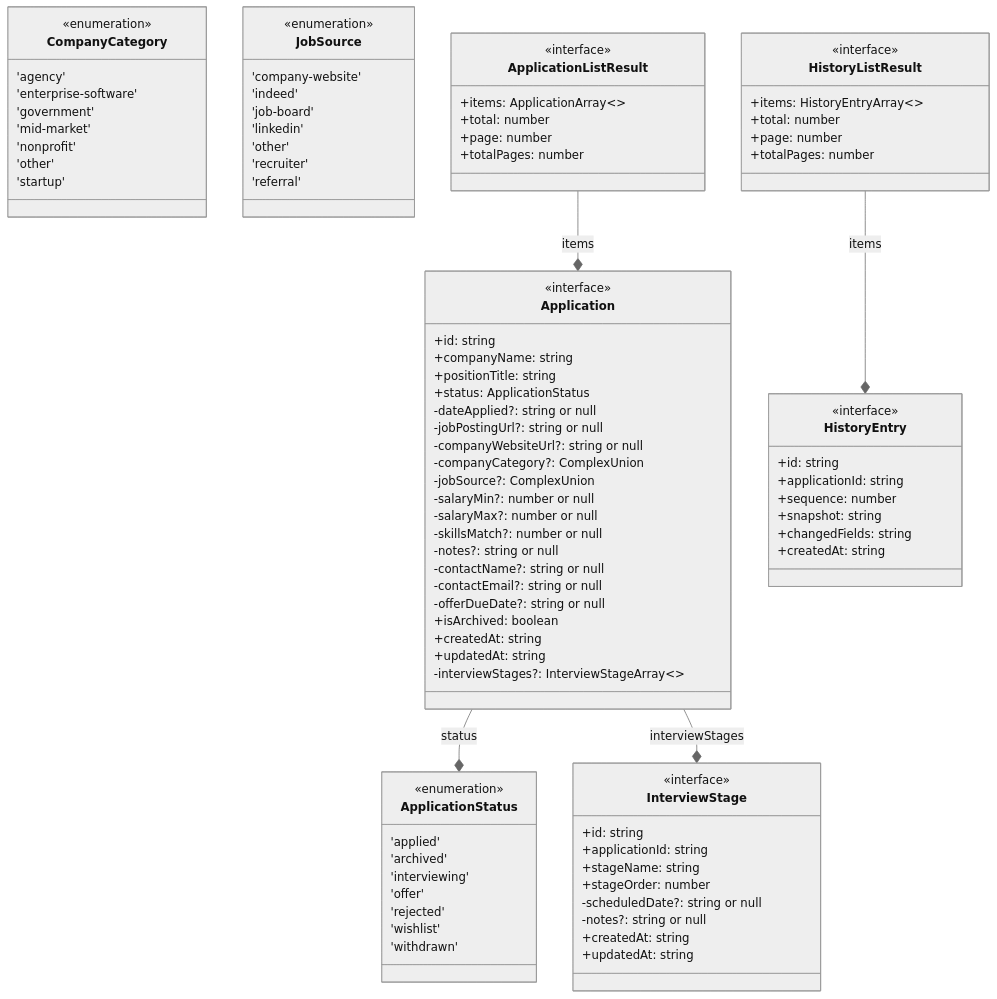
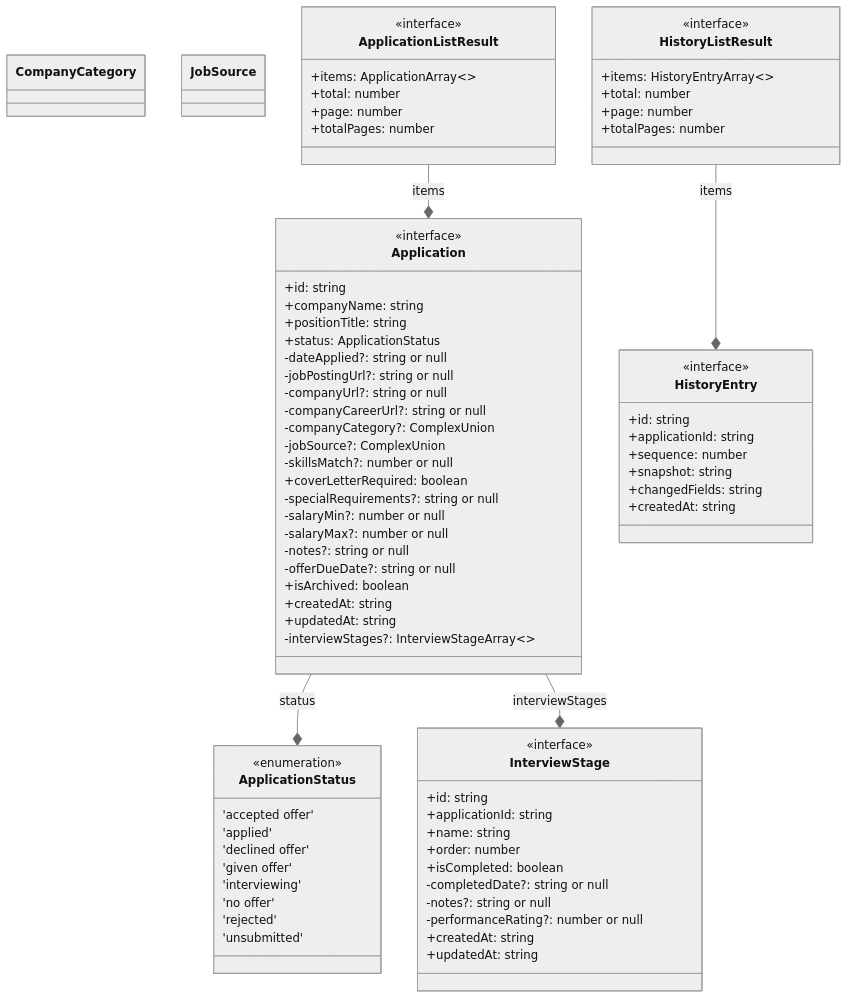
The diagram in docs/types/react-apollo-ui/application.mermaid (WhatIfWeDigDeeper/application-tracker), drawn with Mermaid (neutral theme) before and after one commit. The commit also changed 2 other files, not shown here.

Commit message:
fix: address PR review feedback on type diagrams and audit-ci scripts
- Regenerate react-apollo-ui type diagram from updated application.ts
  (statuses updated to unsubmitted/given offer/accepted offer/etc.)
  (suggested by @Copilot)
- Replace yoga-api type diagram with placeholder comment explaining
  unresolved import errors during ts-to-mermaid conversion
  (suggested by @Copilot)
- Add -y flag to npx audit-ci invocations in audit:ci:yoga-api and
  audit:ci:react-apollo-ui to match all other audit:ci:* scripts
  and avoid interactive prompts in CI (suggested by @Copilot)

```diff
--- a/docs/types/react-apollo-ui/application.mermaid
+++ b/docs/types/react-apollo-ui/application.mermaid
@@ -1,106 +1,94 @@
 classDiagram
   %% Legend
   %% --|> : Inheritance (extends)
   %% ..|> : Implementation (implements)
   %% --* : Composition (has/contains)
   %% -- : Association
 
   class ApplicationStatus {
     <<enumeration>>
+    'accepted offer'
     'applied'
-    'archived'
+    'declined offer'
+    'given offer'
     'interviewing'
-    'offer'
+    'no offer'
     'rejected'
-    'wishlist'
-    'withdrawn'
+    'unsubmitted'
   }
 
   class CompanyCategory {
-    <<enumeration>>
-    'agency'
-    'enterprise-software'
-    'government'
-    'mid-market'
-    'nonprofit'
-    'other'
-    'startup'
   }
 
   class JobSource {
-    <<enumeration>>
-    'company-website'
-    'indeed'
-    'job-board'
-    'linkedin'
-    'other'
-    'recruiter'
-    'referral'
   }
 
   class InterviewStage {
     <<interface>>
     +id: string
     +applicationId: string
-    +stageName: string
-    +stageOrder: number
-    -scheduledDate?: string or null
+    +name: string
+    +order: number
+    +isCompleted: boolean
+    -completedDate?: string or null
     -notes?: string or null
+    -performanceRating?: number or null
     +createdAt: string
     +updatedAt: string
   }
 
   class Application {
     <<interface>>
     +id: string
     +companyName: string
     +positionTitle: string
     +status: ApplicationStatus
     -dateApplied?: string or null
     -jobPostingUrl?: string or null
-    -companyWebsiteUrl?: string or null
+    -companyUrl?: string or null
+    -companyCareerUrl?: string or null
     -companyCategory?: ComplexUnion
     -jobSource?: ComplexUnion
+    -skillsMatch?: number or null
+    +coverLetterRequired: boolean
+    -specialRequirements?: string or null
     -salaryMin?: number or null
     -salaryMax?: number or null
-    -skillsMatch?: number or null
     -notes?: string or null
-    -contactName?: string or null
-    -contactEmail?: string or null
     -offerDueDate?: string or null
     +isArchived: boolean
     +createdAt: string
     +updatedAt: string
     -interviewStages?: InterviewStageArray~~
   }
 
   class HistoryEntry {
     <<interface>>
     +id: string
     +applicationId: string
     +sequence: number
     +snapshot: string
     +changedFields: string
     +createdAt: string
   }
 
   class ApplicationListResult {
     <<interface>>
     +items: ApplicationArray~~
     +total: number
     +page: number
     +totalPages: number
   }
 
   class HistoryListResult {
     <<interface>>
     +items: HistoryEntryArray~~
     +total: number
     +page: number
     +totalPages: number
   }
 
   Application --* ApplicationStatus : status
   Application --* InterviewStage : interviewStages
   ApplicationListResult --* Application : items
   HistoryListResult --* HistoryEntry : items
```
